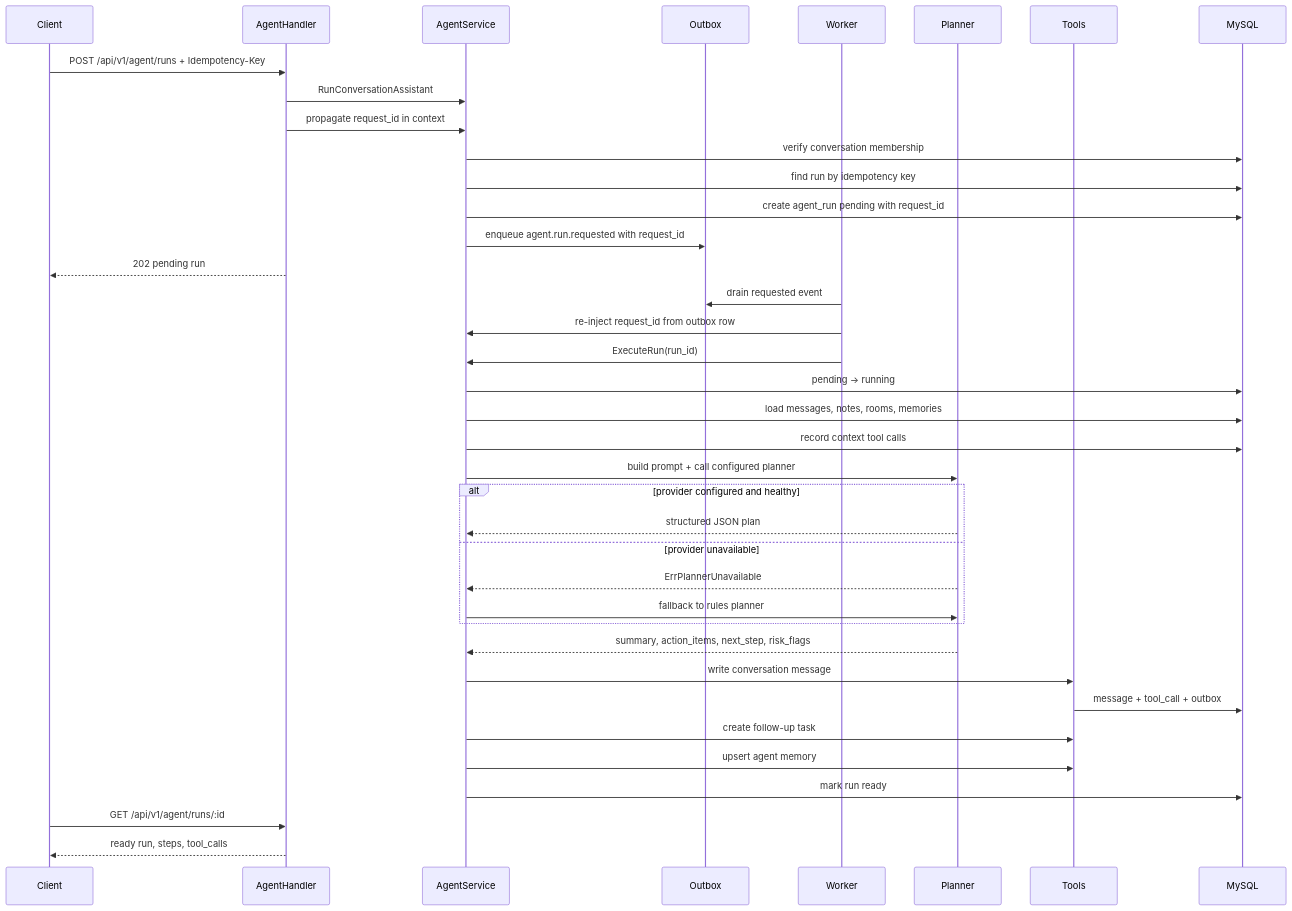
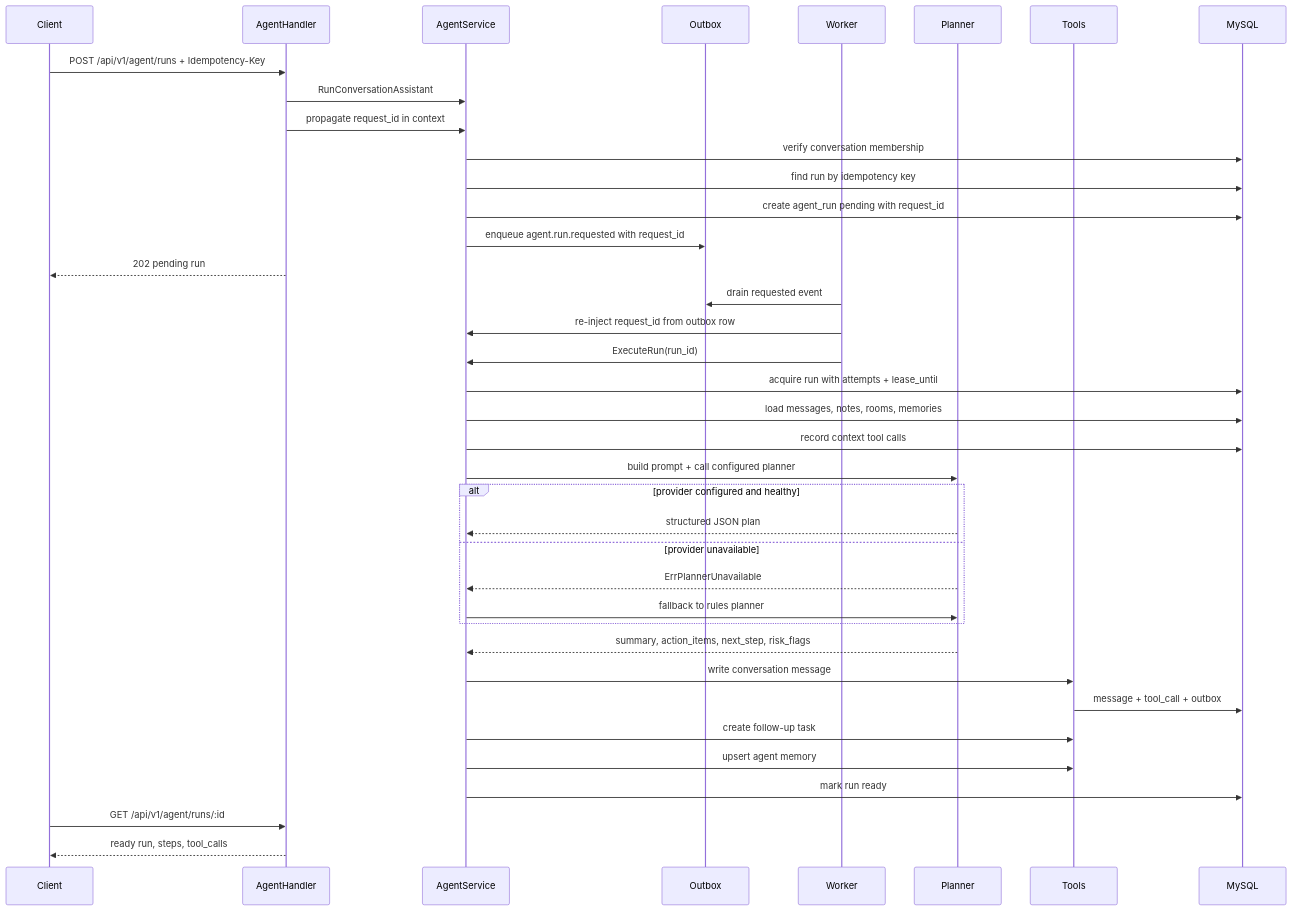
The third of 3 diagrams in docs/interview/system-design.md (XianingY/AllCallAll), drawn with Mermaid before and after one commit. The commit also changed other lines of this file and 6 other files, not shown here.

````diff
--- a/docs/interview/system-design.md
+++ b/docs/interview/system-design.md
@@ -86,41 +86,41 @@
 ```mermaid
 sequenceDiagram
     participant Client
     participant Handler as AgentHandler
     participant Service as AgentService
     participant Outbox
     participant Worker
     participant Planner
     participant Tools
     participant DB as MySQL
 
     Client->>Handler: POST /api/v1/agent/runs + Idempotency-Key
     Handler->>Service: RunConversationAssistant
     Handler->>Service: propagate request_id in context
     Service->>DB: verify conversation membership
     Service->>DB: find run by idempotency key
     Service->>DB: create agent_run pending with request_id
     Service->>Outbox: enqueue agent.run.requested with request_id
     Handler-->>Client: 202 pending run
     Worker->>Outbox: drain requested event
     Worker->>Service: re-inject request_id from outbox row
     Worker->>Service: ExecuteRun(run_id)
-    Service->>DB: pending -> running
+    Service->>DB: acquire run with attempts + lease_until
     Service->>DB: load messages, notes, rooms, memories
     Service->>DB: record context tool calls
     Service->>Planner: build prompt + call configured planner
     alt provider configured and healthy
         Planner-->>Service: structured JSON plan
     else provider unavailable
         Planner-->>Service: ErrPlannerUnavailable
         Service->>Planner: fallback to rules planner
     end
     Planner-->>Service: summary, action_items, next_step, risk_flags
     Service->>Tools: write conversation message
     Tools->>DB: message + tool_call + outbox
     Service->>Tools: create follow-up task
     Service->>Tools: upsert agent memory
     Service->>DB: mark run ready
     Client->>Handler: GET /api/v1/agent/runs/:id
     Handler-->>Client: ready run, steps, tool_calls
 ```
````
